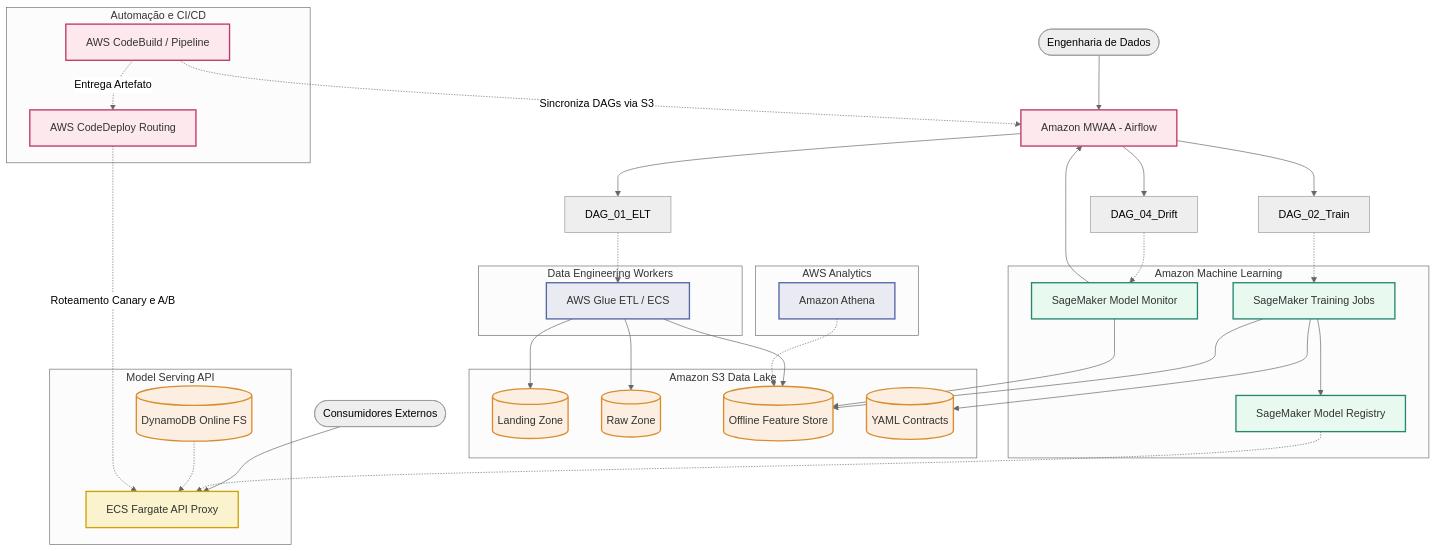
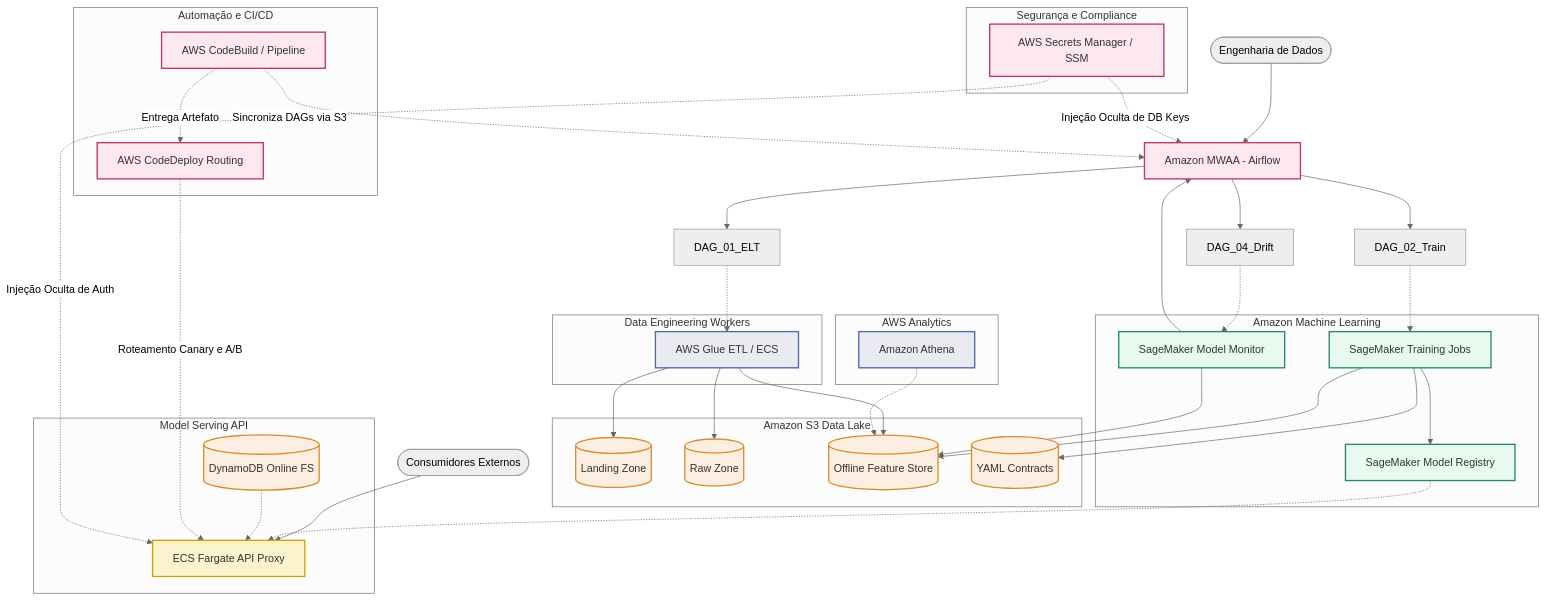
Before and after one commit to engfelipeviana/machine_Learning_pipeline: the sixth of 6 diagrams in README.md, drawn with Mermaid (neutral theme). The commit also changed other lines of this file, not shown here.

Commit message:
docs: documentação da gestão de cofres e segredos do aws secrets manager

````diff
--- a/README.md
+++ b/README.md
@@ -275,71 +276,78 @@
 ```mermaid
 graph TD
     %% AWS Pastel Colors - No Emojis
     classDef awsStorage fill:#FCEFE1,stroke:#D88E30,stroke-width:2px,color:#333333
     classDef awsCompute fill:#FAF3CD,stroke:#D1A109,stroke-width:2px,color:#333333
     classDef awsAnalytics fill:#EAEAF2,stroke:#5568A6,stroke-width:2px,color:#333333
     classDef awsML fill:#E8FAEF,stroke:#268770,stroke-width:2px,color:#333333
     classDef awsMgmt fill:#FCE8ED,stroke:#C03965,stroke-width:2px,color:#333333
 
     User([Engenharia de Dados]) --> MWAA
     Client([Consumidores Externos]) --> APIGW
 
     subgraph s3 [Amazon S3 Data Lake]
         LZ[(Landing Zone)]:::awsStorage
         Raw[(Raw Zone)]:::awsStorage
         Trusted[(Offline Feature Store)]:::awsStorage
         Contracts[(YAML Contracts)]:::awsStorage
     end
 
     subgraph analytics [AWS Analytics]
         Athena[Amazon Athena]:::awsAnalytics
     end
 
     subgraph ml [Amazon Machine Learning]
         SM_Train[SageMaker Training Jobs]:::awsML
         SM_Registry[SageMaker Model Registry]:::awsML
         SM_Monitor[SageMaker Model Monitor]:::awsML
     end
 
     subgraph eng [Data Engineering Workers]
         Glue[AWS Glue ETL / ECS]:::awsAnalytics
     end
 
     subgraph serving [Model Serving API]
         APIGW[ECS Fargate API Proxy]:::awsCompute
         OnlineFS[(DynamoDB Online FS)]:::awsStorage
     end
 
     subgraph cicd [Automação e CI/CD]
         Pipeline[AWS CodeBuild / Pipeline]:::awsMgmt
         CDeploy[AWS CodeDeploy Routing]:::awsMgmt
     end
 
+    subgraph sec [Segurança e Compliance]
+        Secrets[AWS Secrets Manager / SSM]:::awsMgmt
+    end
+
     MWAA[Amazon MWAA - Airflow]:::awsMgmt
 
     MWAA --> DAG_01_ELT
     DAG_01_ELT -.-> Glue
     Glue --> LZ
     Glue --> Raw
     Glue --> Trusted
     
     MWAA --> DAG_02_Train
     DAG_02_Train -.-> SM_Train
     SM_Train --> Contracts
     SM_Train --> Trusted
     SM_Train --> SM_Registry
 
     MWAA --> DAG_04_Drift
     DAG_04_Drift -.-> SM_Monitor
     SM_Monitor --> Trusted
     SM_Monitor --> MWAA
 
     Athena -.-> Trusted
     
     SM_Registry -.-> APIGW
     OnlineFS -.-> APIGW
 
     Pipeline -.->|Sincroniza DAGs via S3| MWAA
     Pipeline -.->|Entrega Artefato| CDeploy
     CDeploy -.->|Roteamento Canary e A/B| APIGW
+
+    Secrets -.->|Injeção Oculta de DB Keys| MWAA
+    Secrets -.->|Injeção Oculta de Auth| APIGW
 ```
````
